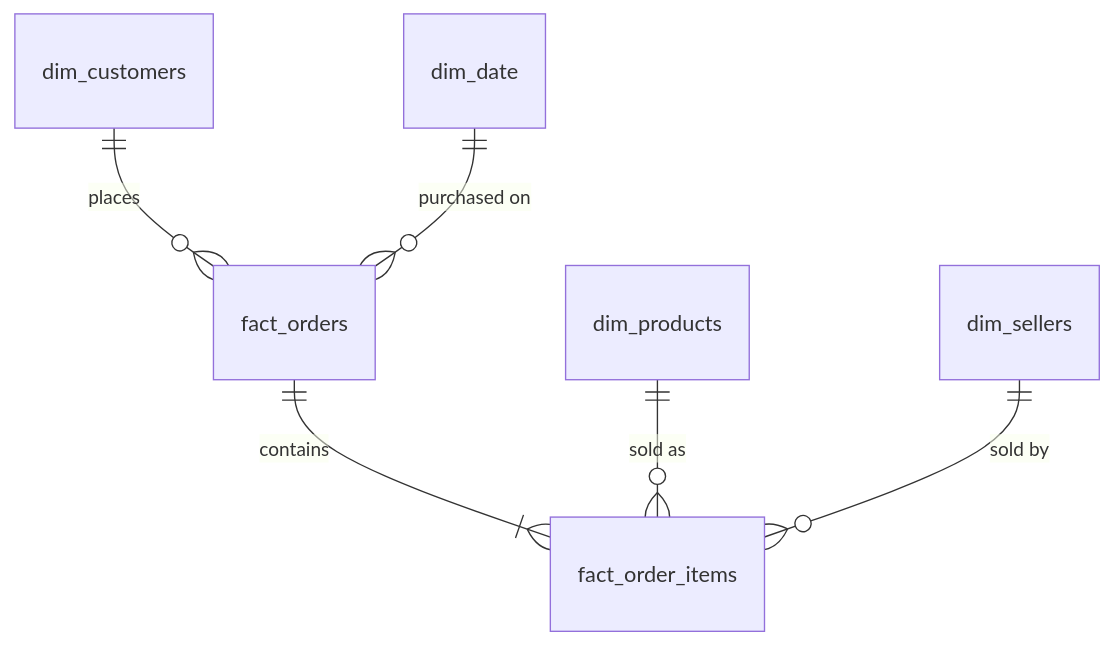
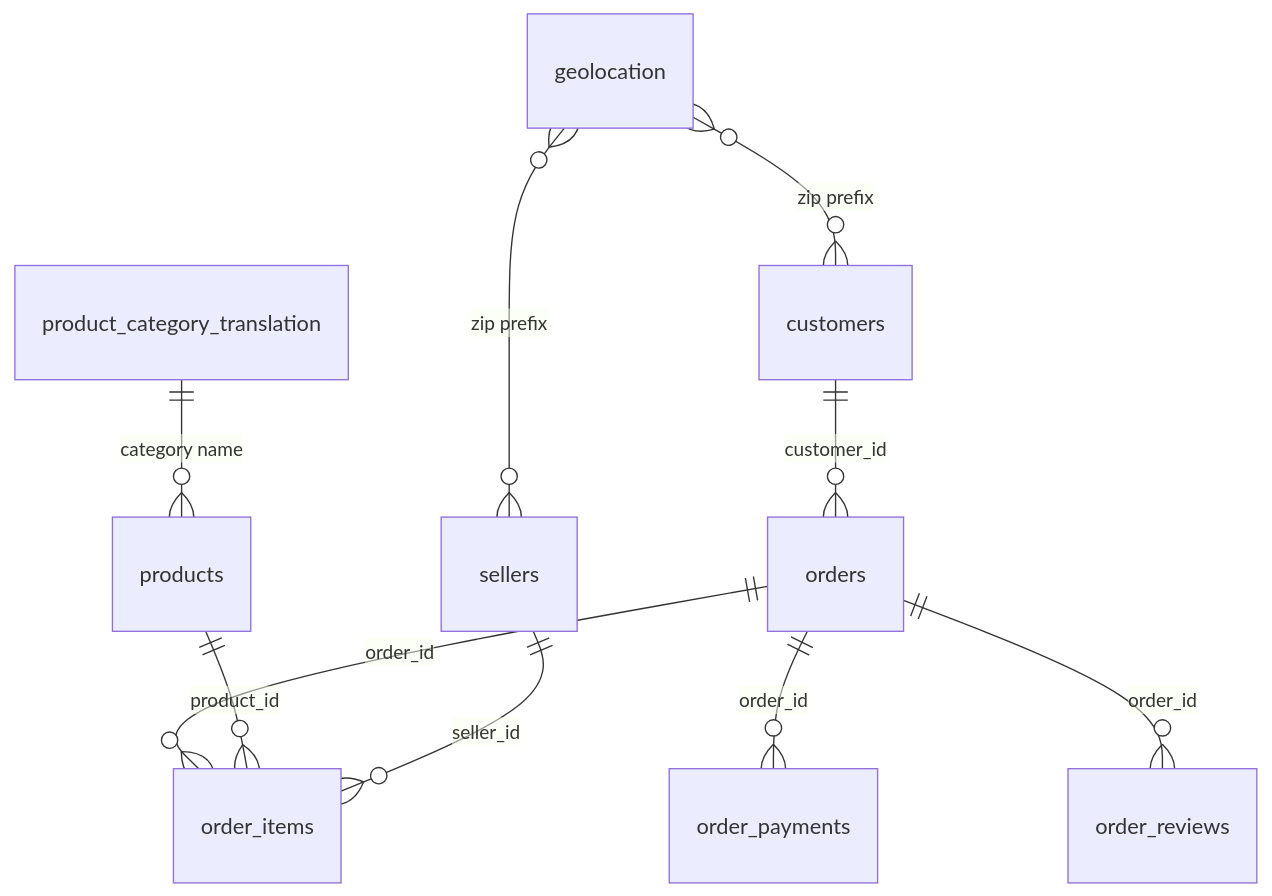
One commit to CryptedBlade/ecommerce-data-warehouse changed the fourth of 7 diagrams in README.md. Above: the diagram before and after it, drawn with Mermaid. The commit also changed other lines of this file, not shown here.

Commit message:
Rebuild on real Olist data: PostgreSQL star schema and six-page Power BI dashboard

````diff
--- a/README.md
+++ b/README.md
@@ -45,8 +318,12 @@
 ```mermaid
 erDiagram
-    dim_customers ||--o{ fact_orders : places
-    dim_date ||--o{ fact_orders : "purchased on"
-    fact_orders ||--|{ fact_order_items : contains
-    dim_products ||--o{ fact_order_items : "sold as"
-    dim_sellers ||--o{ fact_order_items : "sold by"
+    customers ||--o{ orders : "customer_id"
+    orders ||--o{ order_items : "order_id"
+    orders ||--o{ order_payments : "order_id"
+    orders ||--o{ order_reviews : "order_id"
+    products ||--o{ order_items : "product_id"
+    sellers ||--o{ order_items : "seller_id"
+    product_category_translation ||--o{ products : "category name"
+    geolocation }o--o{ customers : "zip prefix"
+    geolocation }o--o{ sellers : "zip prefix"
 ```
````
